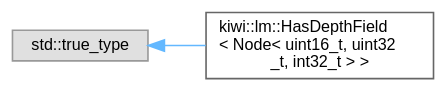
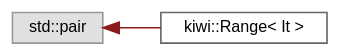
The diagram in inherit_graph_147.dot (bab2min/Kiwi), drawn with Graphviz before and after one commit. The commit also changed 159 other files, not shown here.

```diff
--- a/inherit_graph_147.dot
+++ b/inherit_graph_147.dot
@@ -1,11 +1,11 @@
 digraph "Graphical Class Hierarchy"
 {
  // LATEX_PDF_SIZE
   bgcolor="transparent";
   edge [fontname=Helvetica,fontsize=10,labelfontname=Helvetica,labelfontsize=10];
   node [fontname=Helvetica,fontsize=10,shape=box,height=0.2,width=0.4];
   rankdir="LR";
-  Node0 [id="Node000000",label="std::true_type",height=0.2,width=0.4,color="grey60", fillcolor="#E0E0E0", style="filled",tooltip=" "];
-  Node0 -> Node1 [id="edge34_Node000000_Node000001",dir="back",color="steelblue1",style="solid",tooltip=" "];
-  Node1 [id="Node000001",label="kiwi::lm::HasDepthField\l\< Node\< uint16_t, uint32\l_t, int32_t \> \>",height=0.2,width=0.4,color="grey40", fillcolor="white", style="filled",URL="$structkiwi_1_1lm_1_1HasDepthField_3_01Node_3_01uint16__t_00_01uint32__t_00_01int32__t_01_4_01_4.html",tooltip=" "];
+  Node0 [id="Node000000",label="std::pair",height=0.2,width=0.4,color="grey60", fillcolor="#E0E0E0", style="filled",tooltip=" "];
+  Node0 -> Node1 [id="edge24_Node000000_Node000001",dir="back",color="firebrick4",style="solid",tooltip=" "];
+  Node1 [id="Node000001",label="kiwi::Range\< It \>",height=0.2,width=0.4,color="grey40", fillcolor="white", style="filled",URL="$classkiwi_1_1Range.html",tooltip=" "];
 }
```
